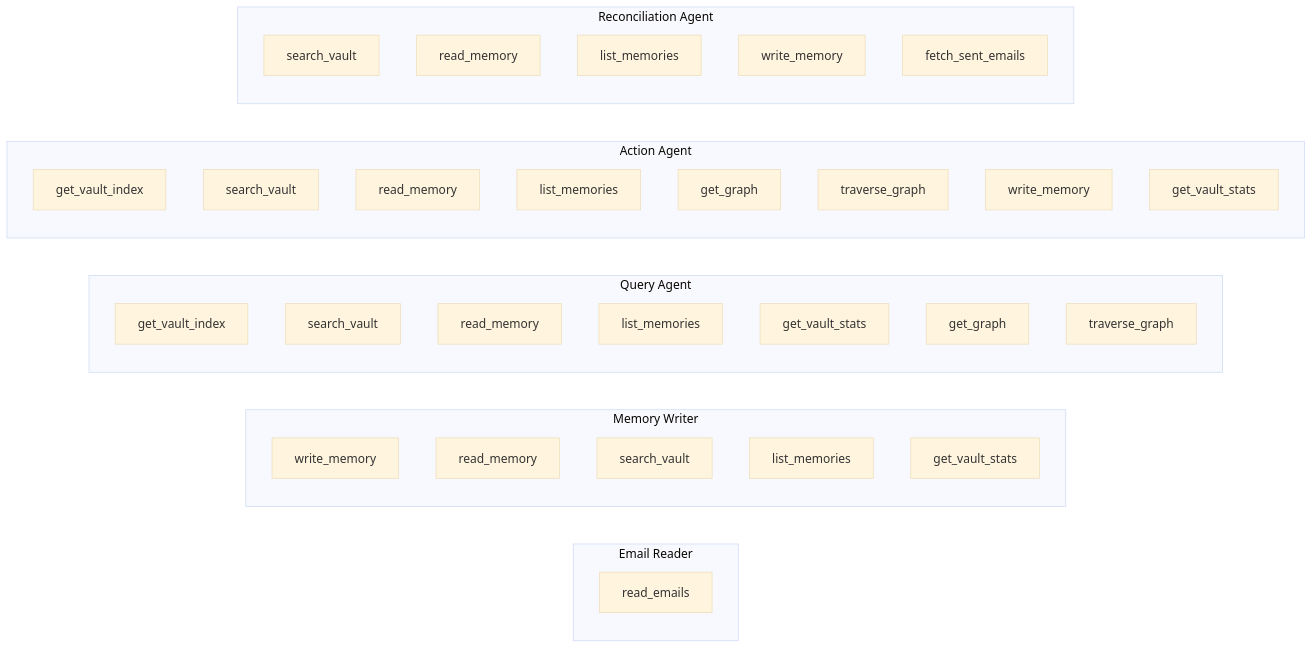
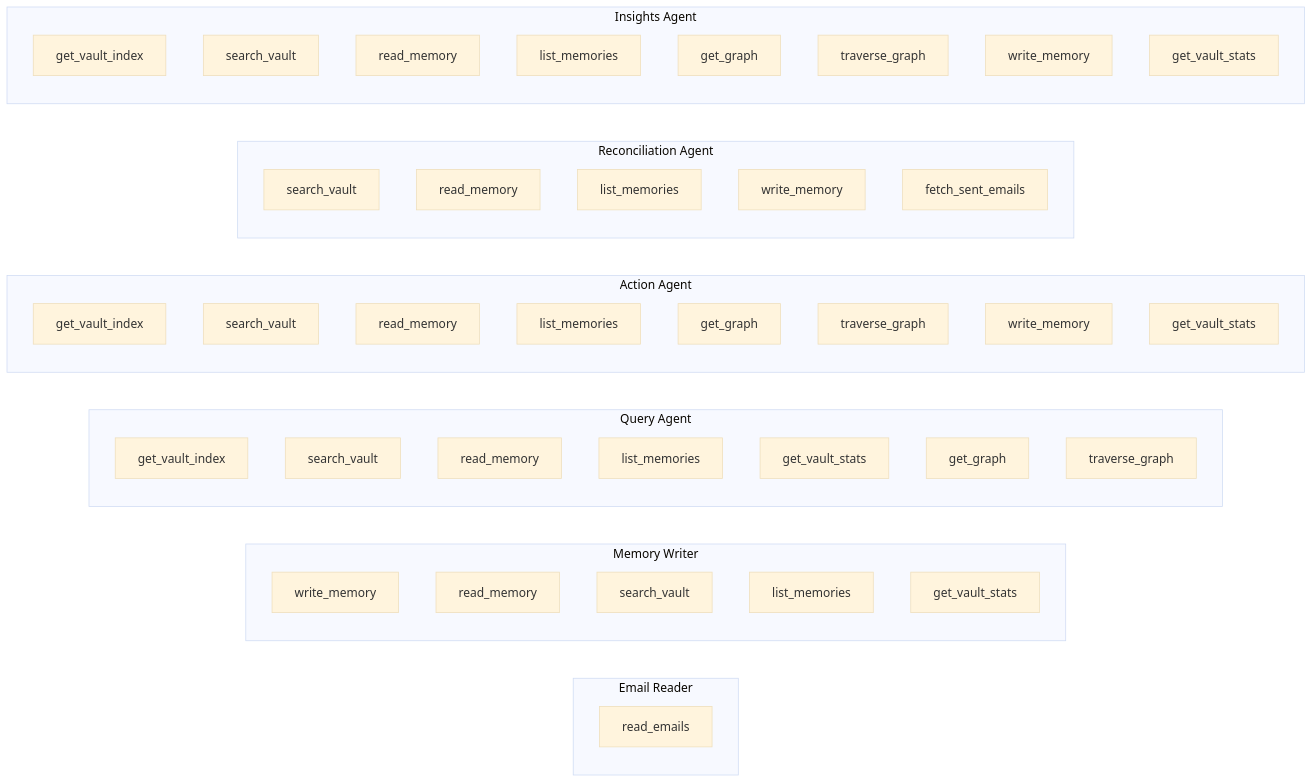
One commit to ifeanyi-okafor/email-memory-agent changed the first of 5 diagrams in docs/agentic-architecture.md. Above: the diagram before and after it, drawn with Mermaid (base theme). The commit also changed other lines of this file and 8 other files, not shown here.

````diff
--- a/docs/agentic-architecture.md
+++ b/docs/agentic-architecture.md
@@ -15,43 +16,54 @@
 ```mermaid
 graph LR
     subgraph "Email Reader"
         ER_T1[read_emails]
     end
 
     subgraph "Memory Writer"
         MW_T1[write_memory]
         MW_T2[read_memory]
         MW_T3[search_vault]
         MW_T4[list_memories]
         MW_T5[get_vault_stats]
     end
 
     subgraph "Query Agent"
         QA_T1[get_vault_index]
         QA_T2[search_vault]
         QA_T3[read_memory]
         QA_T4[list_memories]
         QA_T5[get_vault_stats]
         QA_T6[get_graph]
         QA_T7[traverse_graph]
     end
 
     subgraph "Action Agent"
         AA_T1[get_vault_index]
         AA_T2[search_vault]
         AA_T3[read_memory]
         AA_T4[list_memories]
         AA_T5[get_graph]
         AA_T6[traverse_graph]
         AA_T7[write_memory]
         AA_T8[get_vault_stats]
     end
 
     subgraph "Reconciliation Agent"
         RA_T1[search_vault]
         RA_T2[read_memory]
         RA_T3[list_memories]
         RA_T4[write_memory]
         RA_T5[fetch_sent_emails]
     end
+
+    subgraph "Insights Agent"
+        IA_T1[get_vault_index]
+        IA_T2[search_vault]
+        IA_T3[read_memory]
+        IA_T4[list_memories]
+        IA_T5[get_graph]
+        IA_T6[traverse_graph]
+        IA_T7[write_memory]
+        IA_T8[get_vault_stats]
+    end
 ```
````
